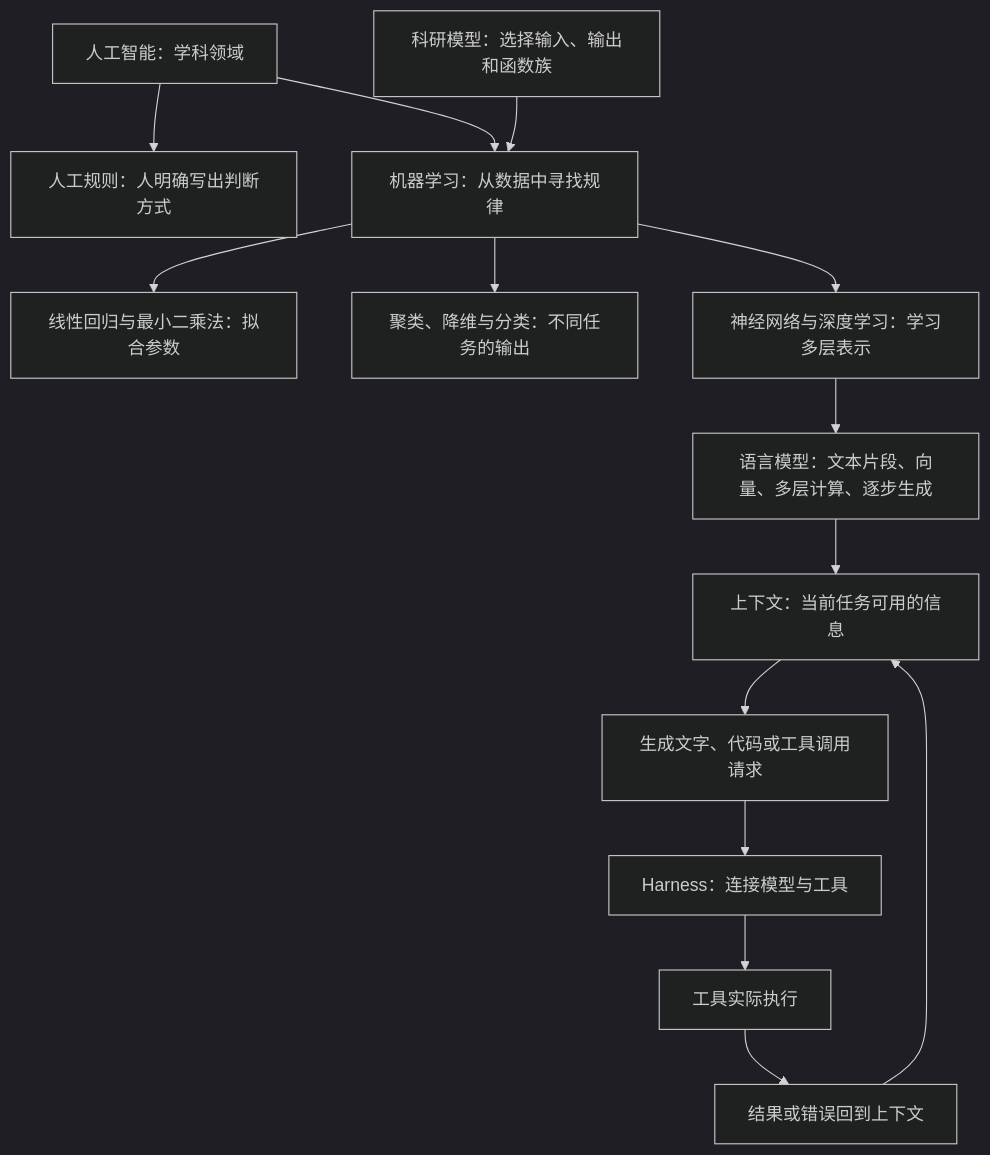
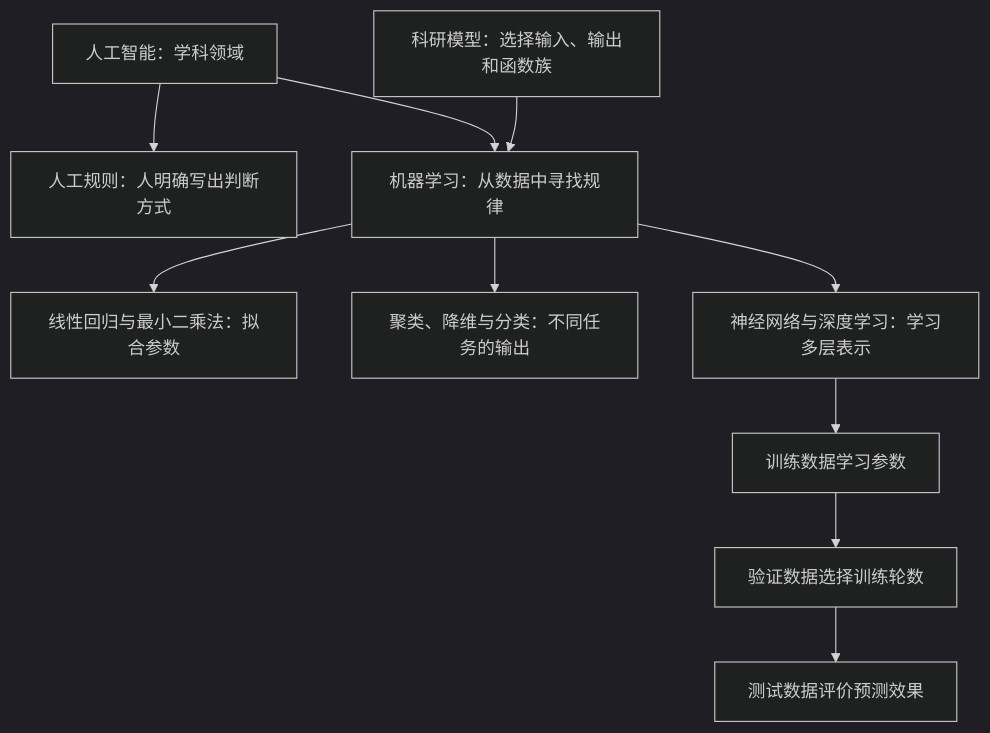
Before and after one commit to shadowater/ai-for-mat-science: the diagram in lesson01/内容/1.4_AI与Agent的工作方式.md, drawn with Mermaid (dark theme). The commit also changed other lines of this file and 65 other files, not shown here.

````diff
--- a/lesson01/内容/1.4_AI与Agent的工作方式.md
+++ b/lesson01/内容/1.4_AI与Agent的工作方式.md
@@ -22,16 +18,12 @@
 ```mermaid
 flowchart TD
     AI[人工智能：学科领域] --> Rule[人工规则：人明确写出判断方式]
     AI --> ML[机器学习：从数据中寻找规律]
     Model[科研模型：选择输入、输出和函数族] --> ML
     ML --> Fit[线性回归与最小二乘法：拟合参数]
     ML --> KM[聚类、降维与分类：不同任务的输出]
     ML --> NN[神经网络与深度学习：学习多层表示]
-    NN --> LLM[语言模型：文本片段、向量、多层计算、逐步生成]
-    LLM --> Context[上下文：当前任务可用的信息]
-    Context --> Request[生成文字、代码或工具调用请求]
-    Request --> Harness[Harness：连接模型与工具]
-    Harness --> Tool[工具实际执行]
-    Tool --> Feedback[结果或错误回到上下文]
-    Feedback --> Context
+    NN --> Train[训练数据学习参数]
+    Train --> Validation[验证数据选择训练轮数]
+    Validation --> Test[测试数据评价预测效果]
 ```
````
